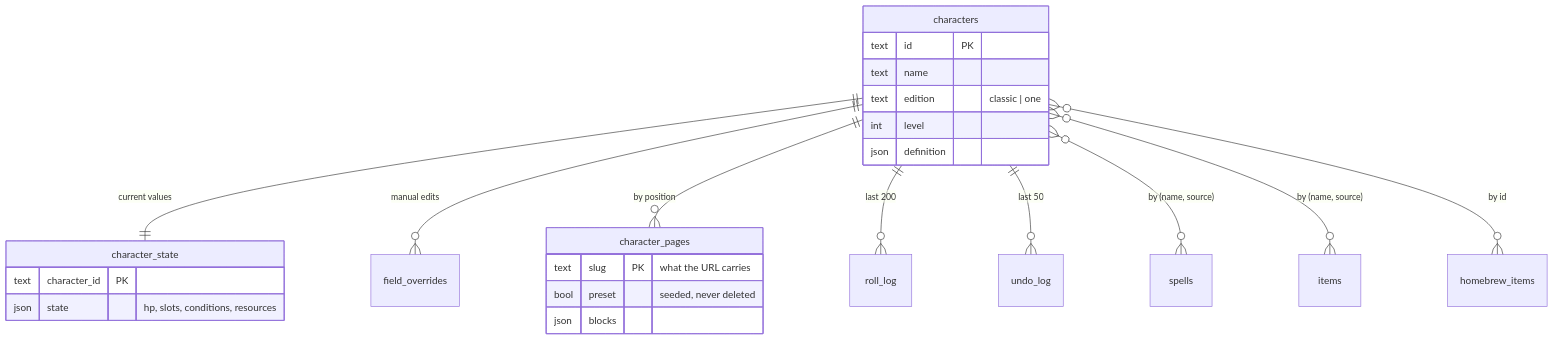
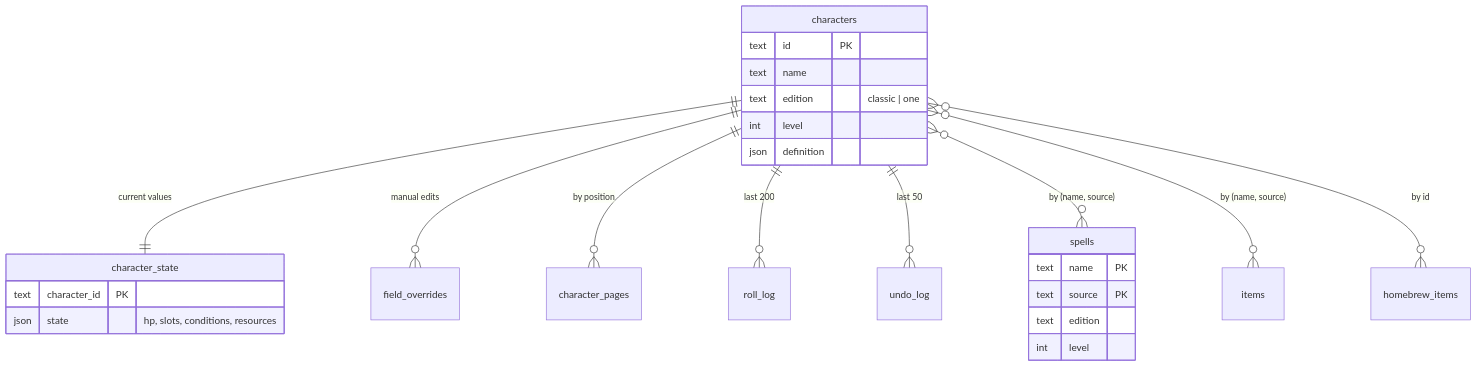
One commit to dean-matt/local-dnd-character-sheet changed the diagram in docs/data-model.md. Above: the diagram before and after it, drawn with Mermaid. The commit also changed other lines of this file and 2 other files, not shown here.

Commit message:
fix(character): drop a block test that could not fail, and name the preset ceiling
The test asserted that an unrendered block shows nothing on a page that never
reads its blocks. The preset list now says how a new preset has to arrive,
and the data-model diagram gets back the spells block that shows the
(name, source) key.

````diff
--- a/docs/data-model.md
+++ b/docs/data-model.md
@@ -11,28 +11,29 @@
 ```mermaid
 erDiagram
     characters ||--|| character_state : "current values"
     characters ||--o{ field_overrides : "manual edits"
     characters ||--o{ character_pages : "by position"
     characters ||--o{ roll_log : "last 200"
     characters ||--o{ undo_log : "last 50"
     characters }o--o{ spells : "by (name, source)"
     characters }o--o{ items : "by (name, source)"
     characters }o--o{ homebrew_items : "by id"
 
     characters {
         text id PK
         text name
         text edition "classic | one"
         int  level
         json definition
     }
     character_state {
         text character_id PK
         json state "hp, slots, conditions, resources"
     }
-    character_pages {
-        text slug PK "what the URL carries"
-        bool preset "seeded, never deleted"
-        json blocks
+    spells {
+        text name PK
+        text source PK
+        text edition
+        int  level
     }
 ```
````
